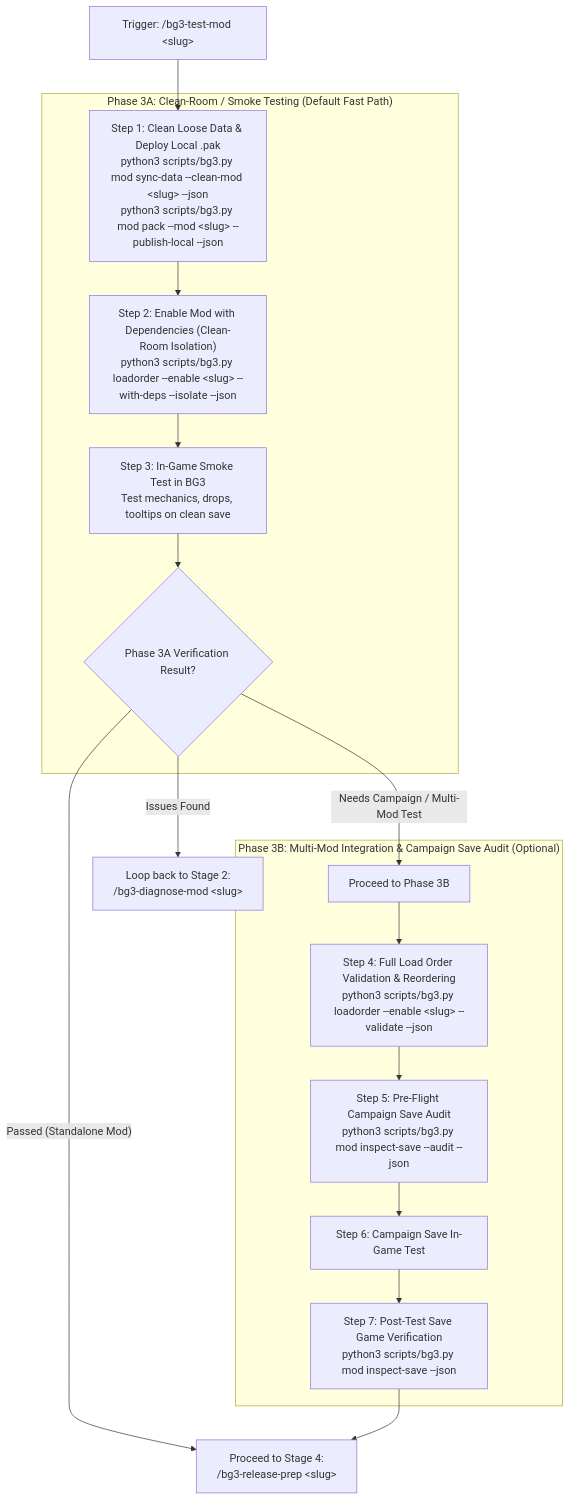
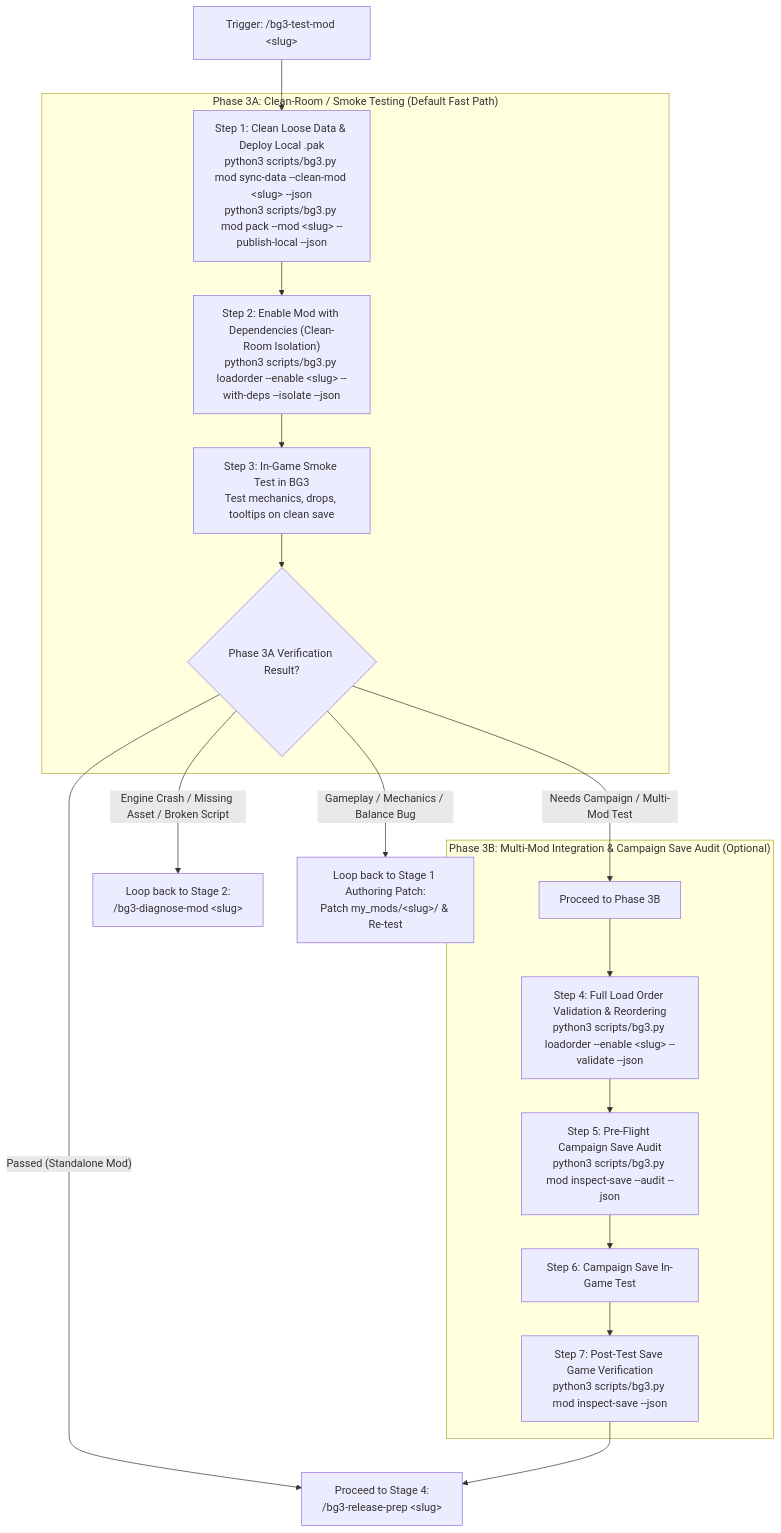
One commit to jpelton-stroud/bg3-mod-studio changed the diagram in .agents/skills/bg3-test-mod/SKILL.md. Above: the diagram before and after it, drawn with Mermaid. The commit also changed other lines of this file and 8 other files, not shown here.

````diff
--- a/.agents/skills/bg3-test-mod/SKILL.md
+++ b/.agents/skills/bg3-test-mod/SKILL.md
@@ -27,34 +27,37 @@
 ```mermaid
 flowchart TD
     Trigger["Trigger: /bg3-test-mod &lt;slug&gt;"] --> Pack["Step 1: Clean Loose Data & Deploy Local .pak
 python3 scripts/bg3.py mod sync-data --clean-mod &lt;slug&gt; --json
 python3 scripts/bg3.py mod pack --mod &lt;slug&gt; --publish-local --json"]
     
     subgraph P3A["Phase 3A: Clean-Room / Smoke Testing (Default Fast Path)"]
         Pack --> DepEnable["Step 2: Enable Mod with Dependencies (Clean-Room Isolation)
 python3 scripts/bg3.py loadorder --enable &lt;slug&gt; --with-deps --isolate --json"]
         DepEnable --> InGameSmoke["Step 3: In-Game Smoke Test in BG3
 Test mechanics, drops, tooltips on clean save"]
         InGameSmoke --> Gate3A{"Phase 3A Verification Result?"}
     end
 
-    Gate3A -- "Issues Found" --> Loopback["Loop back to Stage 2:
-/bg3-diagnose-mod &lt;slug&gt;"]
-    
     Gate3A -- "Passed (Standalone Mod)" --> ReleaseGate["Proceed to Stage 4:
 /bg3-release-prep &lt;slug&gt;"]
     
     Gate3A -- "Needs Campaign / Multi-Mod Test" --> P3BStart["Proceed to Phase 3B"]
+
+    Gate3A -- "Engine Crash / Missing Asset / Broken Script" --> LoopbackDiag["Loop back to Stage 2:
+/bg3-diagnose-mod &lt;slug&gt;"]
+
+    Gate3A -- "Gameplay / Mechanics / Balance Bug" --> LoopbackAuth["Loop back to Stage 1 Authoring Patch:
+Patch my_mods/&lt;slug&gt;/ &amp; Re-test"]
 
     subgraph P3B["Phase 3B: Multi-Mod Integration & Campaign Save Audit (Optional)"]
         P3BStart --> FullLO["Step 4: Full Load Order Validation & Reordering
 python3 scripts/bg3.py loadorder --enable &lt;slug&gt; --validate --json"]
         FullLO --> SaveAudit["Step 5: Pre-Flight Campaign Save Audit
 python3 scripts/bg3.py mod inspect-save --audit --json"]
         SaveAudit --> InGameCampaign["Step 6: Campaign Save In-Game Test"]
         InGameCampaign --> PostSave["Step 7: Post-Test Save Game Verification
 python3 scripts/bg3.py mod inspect-save --json"]
     end
 
     PostSave --> ReleaseGate
 ```
````
